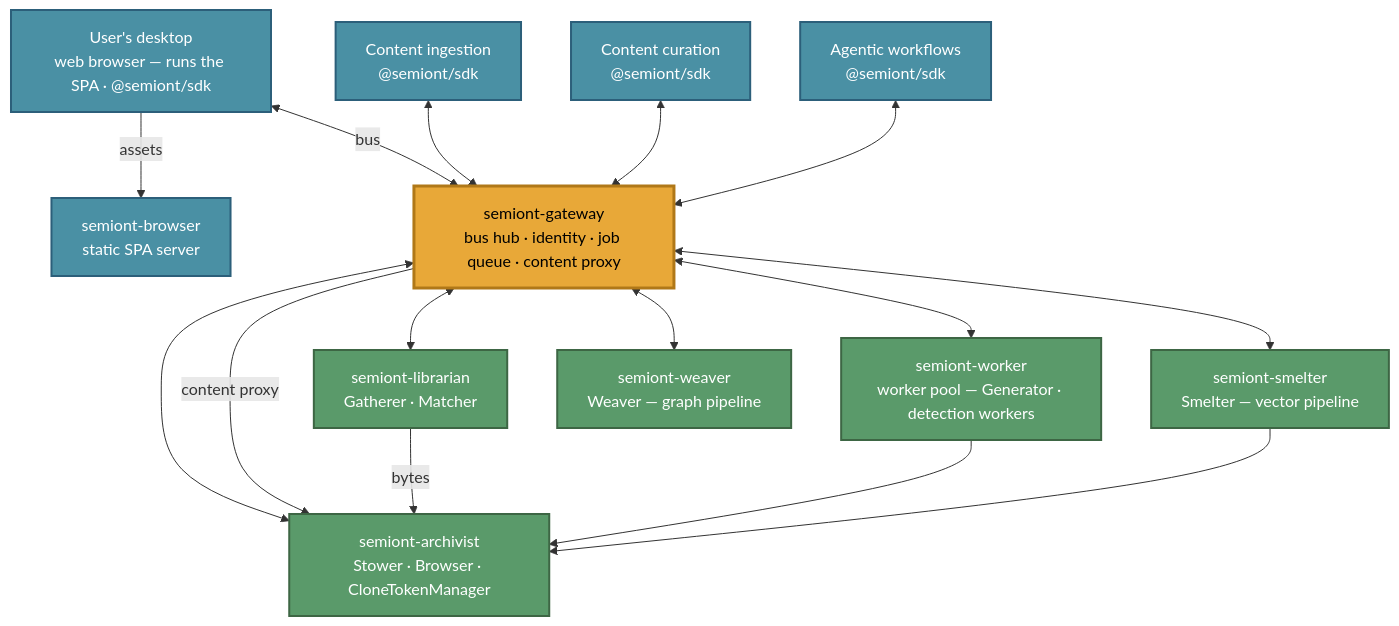
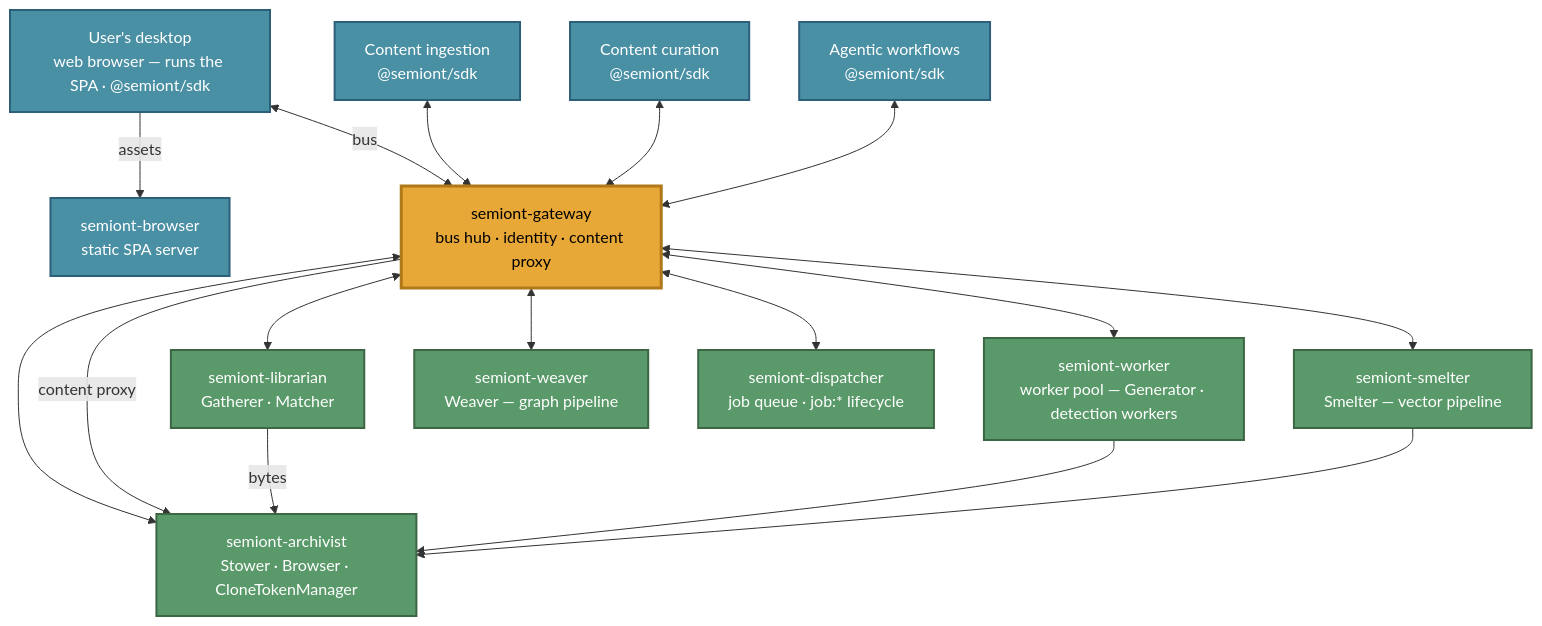
The first of 2 diagrams in docs/system/CONTAINER-TOPOLOGY.md (The-AI-Alliance/semiont), drawn with Mermaid before and after one commit. The commit also changed other lines of this file and 13 other files, not shown here.

````diff
--- a/docs/system/CONTAINER-TOPOLOGY.md
+++ b/docs/system/CONTAINER-TOPOLOGY.md
@@ -19,41 +19,43 @@
 ```mermaid
 graph TB
     USER["User's desktop<br/>web browser — runs the SPA · @semiont/sdk"]
     INGEST["Content ingestion<br/>@semiont/sdk"]
     CURATE["Content curation<br/>@semiont/sdk"]
     AGENT["Agentic workflows<br/>@semiont/sdk"]
 
     BROWSERC["semiont-browser<br/>static SPA server"]
-    GW["semiont-gateway<br/>bus hub · identity · job queue · content proxy"]
+    GW["semiont-gateway<br/>bus hub · identity · content proxy"]
 
     LIB["semiont-librarian<br/>Gatherer · Matcher"]
     WORKER["semiont-worker<br/>worker pool — Generator · detection workers"]
     SMELT["semiont-smelter<br/>Smelter — vector pipeline"]
     WEAVE["semiont-weaver<br/>Weaver — graph pipeline"]
     ARCH["semiont-archivist<br/>Stower · Browser · CloneTokenManager"]
+    DISP["semiont-dispatcher<br/>job queue · job:* lifecycle"]
 
     USER -->|assets| BROWSERC
     USER <-->|bus| GW
     INGEST <--> GW
     CURATE <--> GW
     AGENT <--> GW
 
     GW <--> LIB
     GW <--> WORKER
     GW <--> SMELT
     GW <--> WEAVE
     GW <--> ARCH
+    GW <--> DISP
 
     GW -->|content proxy| ARCH
     LIB -->|bytes| ARCH
     WORKER --> ARCH
     SMELT --> ARCH
 
     classDef client fill:#4a90a4,stroke:#2c5f7a,stroke-width:2px,color:#fff
     classDef svc fill:#5a9a6a,stroke:#3d6644,stroke-width:2px,color:#fff
     classDef hub fill:#e8a838,stroke:#b07818,stroke-width:3px,color:#000
 
     class USER,INGEST,CURATE,AGENT,BROWSERC client
-    class LIB,WORKER,SMELT,WEAVE,ARCH svc
+    class LIB,WORKER,SMELT,WEAVE,ARCH,DISP svc
     class GW hub
 ```
````
